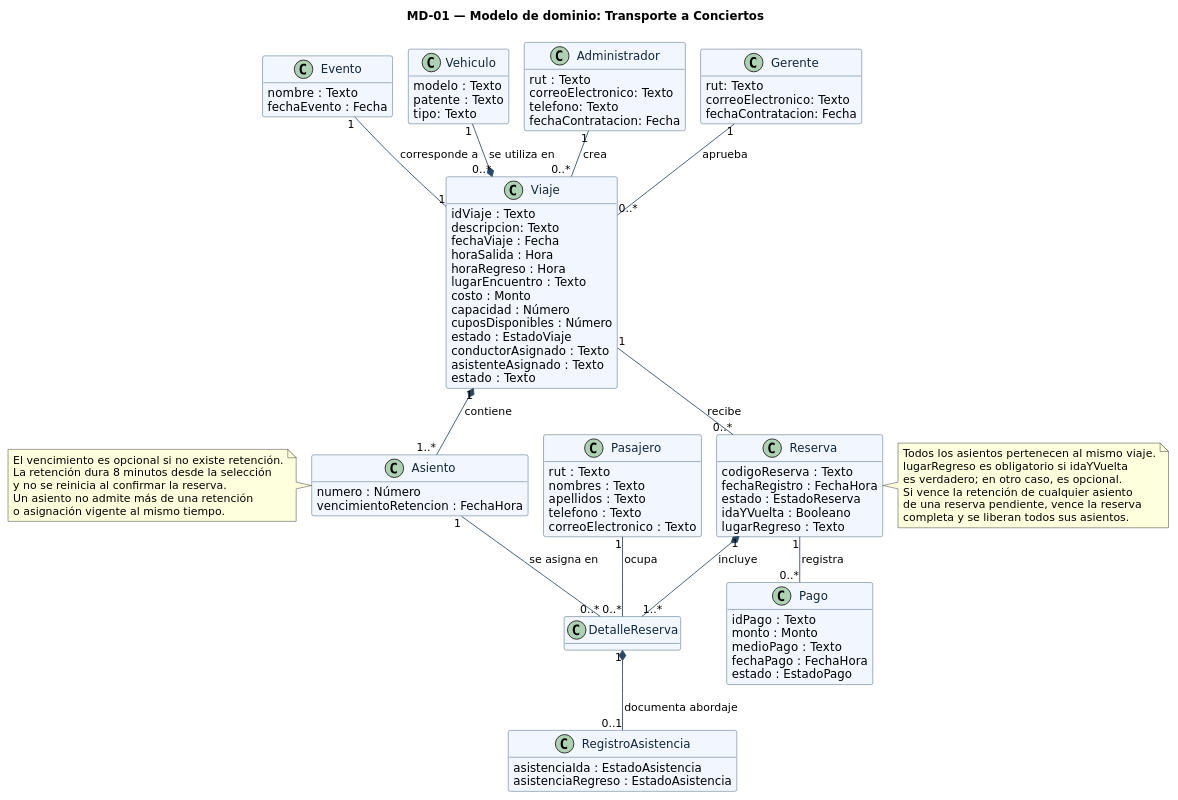
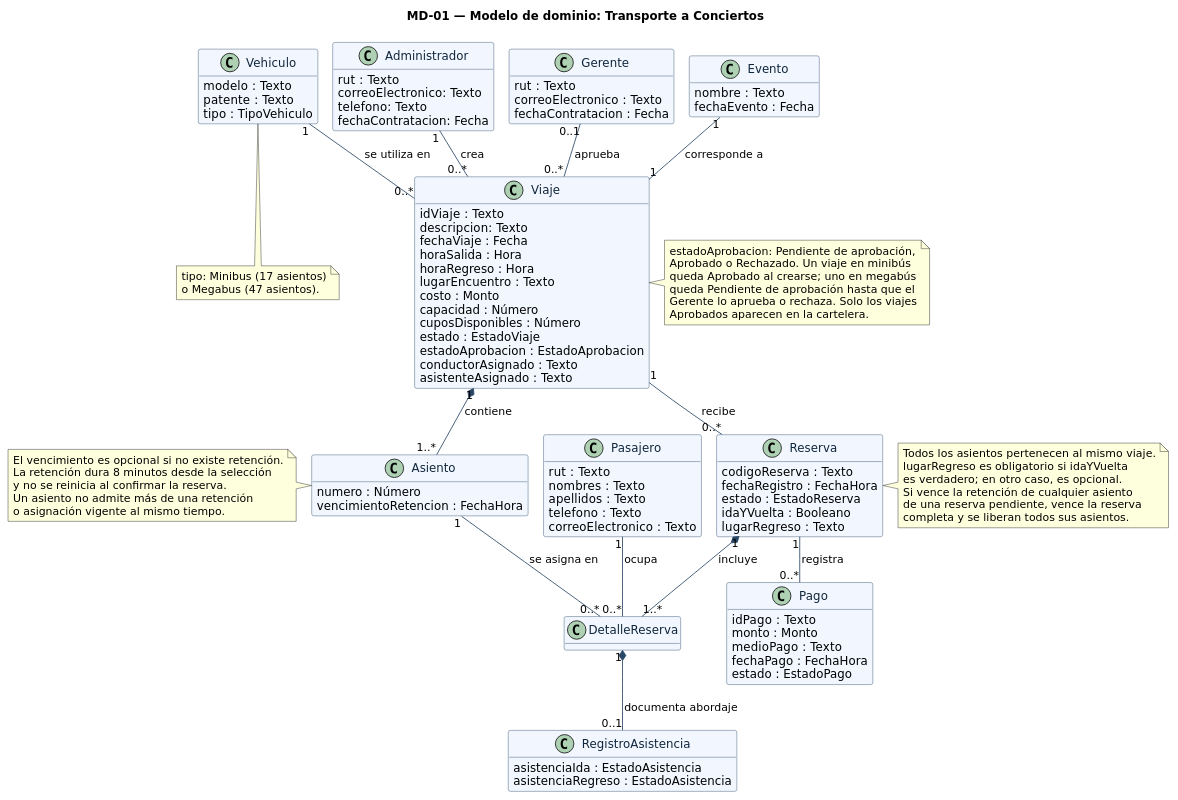
The diagram in diagramas/modelo-dominio.puml (IngReqGrupo2/Proyecto_TransporteHaciaConcierto), drawn with PlantUML before and after one commit. The commit also changed 1 other file, not shown here.

```diff
--- a/diagramas/modelo-dominio.puml
+++ b/diagramas/modelo-dominio.puml
@@ -1,111 +1,125 @@
 @startuml
 !pragma layout smetana
 title MD-01 — Modelo de dominio: Transporte a Conciertos
 skinparam backgroundColor #FFFFFF
 skinparam classAttributeIconSize 0
 skinparam shadowing false
 skinparam defaultFontName DejaVu Sans
 skinparam class {
   BackgroundColor #F2F7FF
   BorderColor #294766
   ArrowColor #294766
   FontColor #10263C
 }
 hide methods
 class Evento {
   nombre : Texto
   fechaEvento : Fecha
 }
 class Viaje {
   idViaje : Texto
   descripcion: Texto
   fechaViaje : Fecha
   horaSalida : Hora
   horaRegreso : Hora
   lugarEncuentro : Texto
   costo : Monto
   capacidad : Número
   cuposDisponibles : Número
   estado : EstadoViaje
+  estadoAprobacion : EstadoAprobacion
   conductorAsignado : Texto
   asistenteAsignado : Texto
-  estado : Texto
 }
 class Asiento {
   numero : Número
   vencimientoRetencion : FechaHora
 }
 class Vehiculo {
   modelo : Texto
   patente : Texto
-  tipo: Texto
+  tipo : TipoVehiculo
 }
 class Administrador{
   rut : Texto
   correoElectronico: Texto
   telefono: Texto
   fechaContratacion: Fecha
 }
 class Pasajero {
   rut : Texto
   nombres : Texto
   apellidos : Texto
   telefono : Texto
   correoElectronico : Texto
 }
 class Reserva {
   codigoReserva : Texto
   fechaRegistro : FechaHora
   estado : EstadoReserva
   idaYVuelta : Booleano
   lugarRegreso : Texto
 }
 class DetalleReserva {
 }
 
 class Pago {
   idPago : Texto
   monto : Monto
   medioPago : Texto
   fechaPago : FechaHora
   estado : EstadoPago
 }
 class RegistroAsistencia {
   asistenciaIda : EstadoAsistencia
   asistenciaRegreso : EstadoAsistencia
 }
 
 class Gerente{
-    rut: Texto
-    correoElectronico: Texto
-    fechaContratacion: Fecha
+  rut : Texto
+  correoElectronico : Texto
+  fechaContratacion : Fecha
 }
 Evento "1" -- "1" Viaje : corresponde a
-Vehiculo "1" --* "0..*" Viaje : se utiliza en
+Vehiculo "1" -- "0..*" Viaje : se utiliza en
 Viaje "1" *-- "1..*" Asiento : contiene
 Viaje "1" -- "0..*" Reserva : recibe
 Reserva "1" *-- "1..*" DetalleReserva : incluye
 Asiento "1" -- "0..*" DetalleReserva : se asigna en
 Pasajero "1" -- "0..*" DetalleReserva : ocupa
 Reserva "1" -- "0..*" Pago : registra
 DetalleReserva "1" *-- "0..1" RegistroAsistencia : documenta abordaje
 Administrador "1" -- "0..*" Viaje : crea
-Gerente "1" -- "0..*" Viaje : aprueba
+Gerente "0..1" -- "0..*" Viaje : aprueba
 
 note left of Asiento
   El vencimiento es opcional si no existe retención.
   La retención dura 8 minutos desde la selección
   y no se reinicia al confirmar la reserva.
   Un asiento no admite más de una retención
   o asignación vigente al mismo tiempo.
 end note
 
 note right of Reserva
   Todos los asientos pertenecen al mismo viaje.
   lugarRegreso es obligatorio si idaYVuelta
   es verdadero; en otro caso, es opcional.
   Si vence la retención de cualquier asiento
   de una reserva pendiente, vence la reserva
   completa y se liberan todos sus asientos.
 end note
+
+note right of Viaje
+  estadoAprobacion: Pendiente de aprobación,
+  Aprobado o Rechazado. Un viaje en minibús
+  queda Aprobado al crearse; uno en megabús
+  queda Pendiente de aprobación hasta que el
+  Gerente lo aprueba o rechaza. Solo los viajes
+  Aprobados aparecen en la cartelera.
+end note
+
+note bottom of Vehiculo
+  tipo: Minibus (17 asientos)
+  o Megabus (47 asientos).
+end note
 @enduml
```
